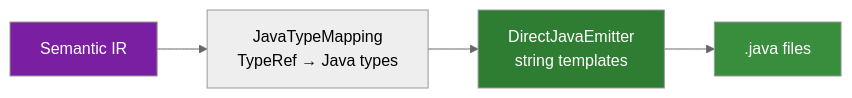
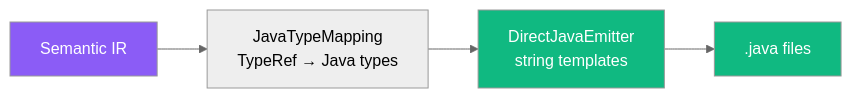
One commit to alnovis/ircraft changed diagram 11 of 12 in docs/ARCHITECTURE.md. Above: the diagram before and after it, drawn with Mermaid (neutral theme). The commit also changed other lines of this file and 53 other files, not shown here.

First line of the commit message:
refactor(core): two-level Operation architecture with regions as source of truth

````diff
--- a/docs/ARCHITECTURE.md
+++ b/docs/ARCHITECTURE.md
@@ -201,10 +395,10 @@
 ```mermaid
 flowchart LR
     SEM["Semantic IR"] --> TM["JavaTypeMapping\nTypeRef → Java types"]
     TM --> EM["DirectJavaEmitter\nstring templates"]
     EM --> FILES[".java files"]
 
-    style SEM fill:#7b1fa2,color:#fff
-    style EM fill:#2e7d32,color:#fff
-    style FILES fill:#388e3c,color:#fff
+    style SEM fill:#8b5cf6,color:#fff
+    style EM fill:#10b981,color:#fff
+    style FILES fill:#10b981,color:#fff
 ```
````
